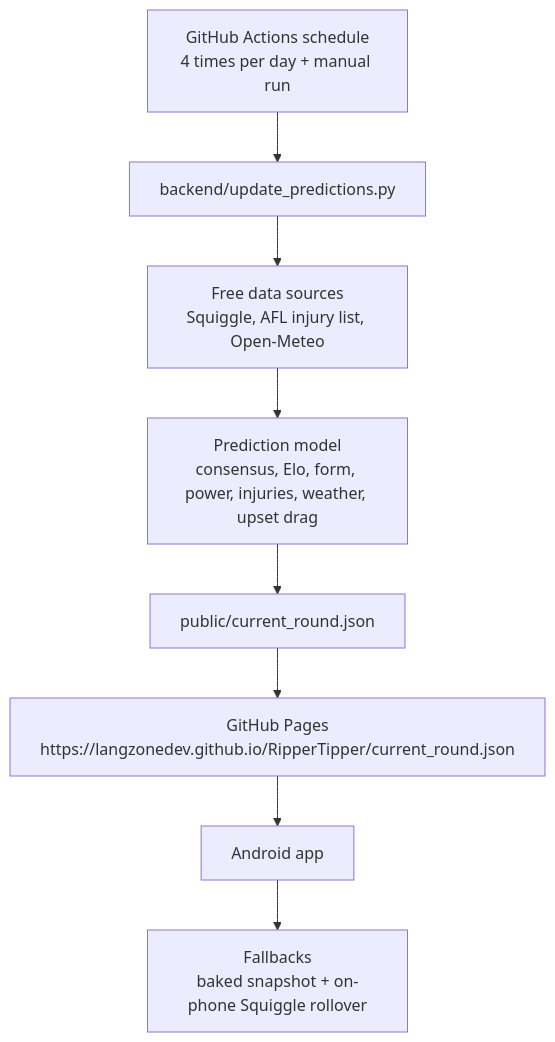
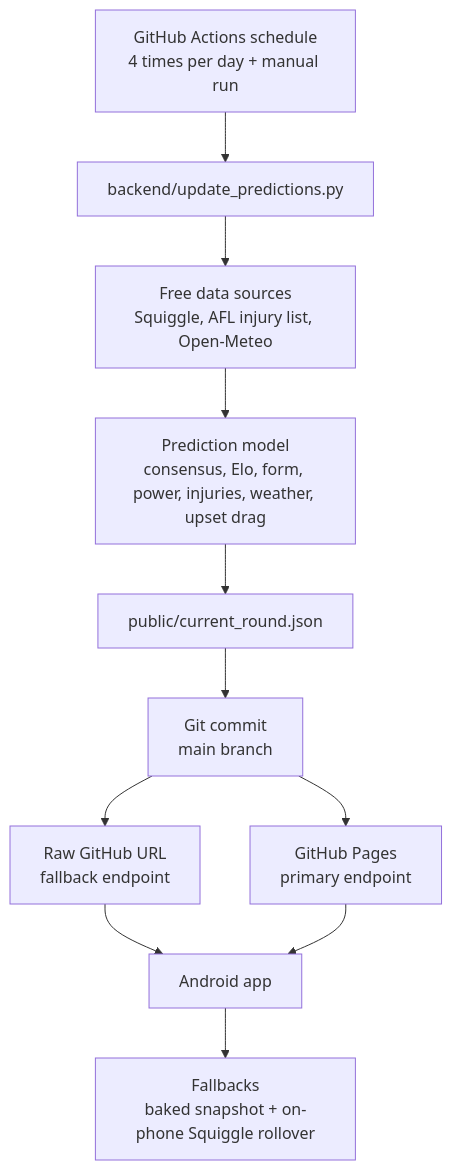
One commit to langzonedev/RipperTipper changed the diagram in docs/architecture.md. Above: the diagram before and after it, drawn with Mermaid. The commit also changed other lines of this file and 7 other files, not shown here.

````diff
--- a/docs/architecture.md
+++ b/docs/architecture.md
@@ -6,10 +6,13 @@
 ```mermaid
 flowchart TD
     schedule["GitHub Actions schedule<br/>4 times per day + manual run"] --> backend["backend/update_predictions.py"]
     backend --> sources["Free data sources<br/>Squiggle, AFL injury list, Open-Meteo"]
     sources --> model["Prediction model<br/>consensus, Elo, form, power, injuries, weather, upset drag"]
     model --> json["public/current_round.json"]
-    json --> pages["GitHub Pages<br/>https://langzonedev.github.io/RipperTipper/current_round.json"]
-    pages --> app["Android app"]
+    json --> repo["Git commit<br/>main branch"]
+    repo --> raw["Raw GitHub URL<br/>fallback endpoint"]
+    repo --> pages["GitHub Pages<br/>primary endpoint"]
+    raw --> app["Android app"]
+    pages --> app
     app --> fallback["Fallbacks<br/>baked snapshot + on-phone Squiggle rollover"]
 ```
````
